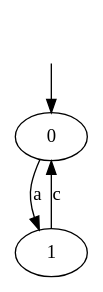
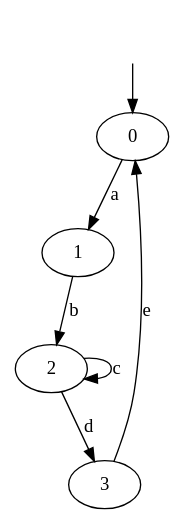
The diagram in out/artifacts/OpTaf/S1.dot (RaffestinR/OpTaf), drawn with Graphviz before and after one commit. The commit also changed 5 other files, not shown here.

```diff
--- a/out/artifacts/OpTaf/S1.dot
+++ b/out/artifacts/OpTaf/S1.dot
@@ -1,6 +1,9 @@
 digraph system {
 _0[label="", shape=none ];
 _0->0;
 0->1 [label= "a"];
-1->0 [label= "c"];
+1->2 [label= "b"];
+2->2 [label= "c"];
+2->3 [label= "d"];
+3->0 [label= "e"];
 }
```
